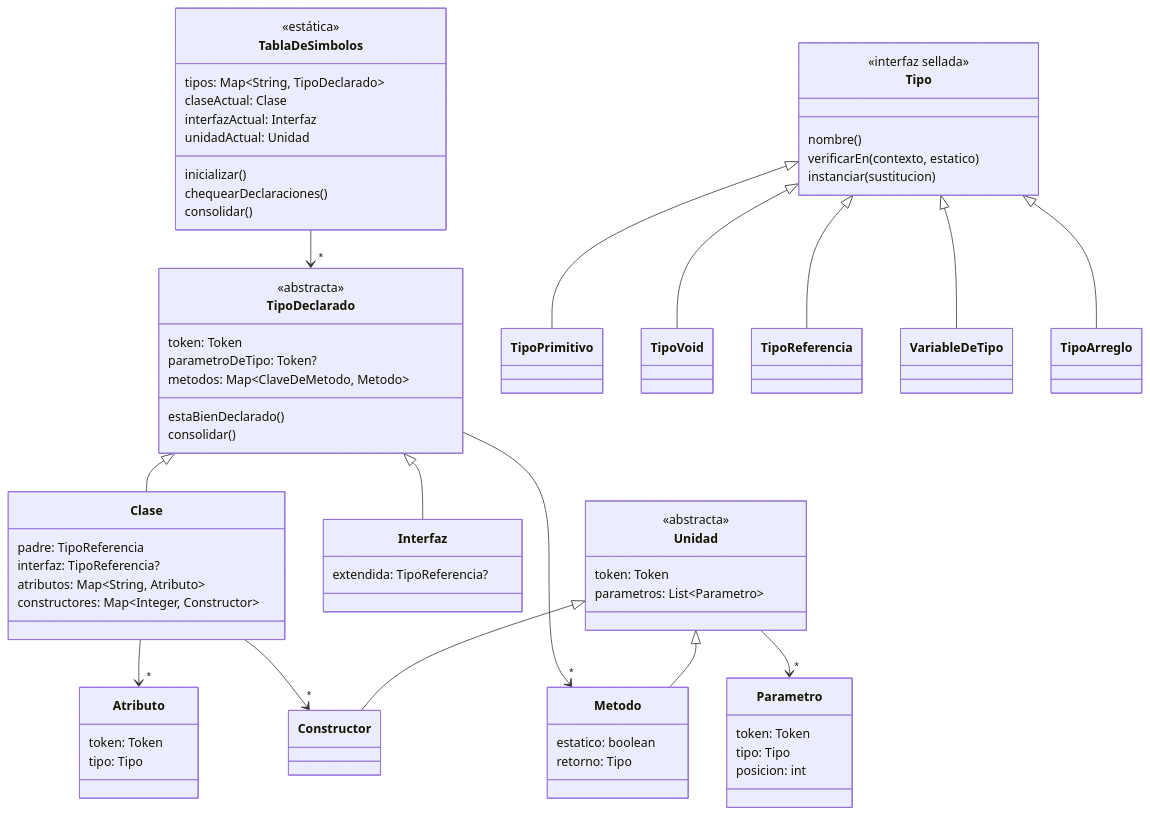
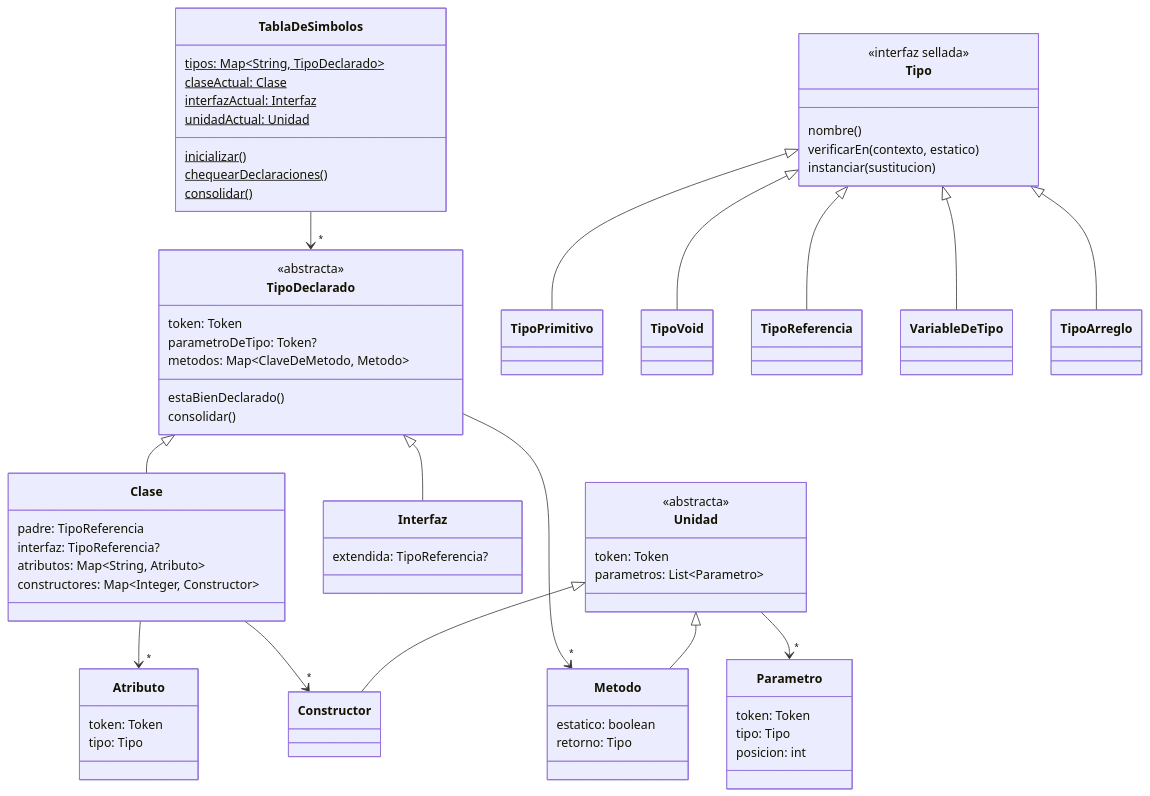
Before and after one commit to agustinpaul0/Proyecto-CEI: the second of 2 diagrams in documentacion/semantico/arquitectura-del-analizador-semantico.md, drawn with Mermaid. The commit also changed other lines of this file and 1 other file, not shown here.

Commit message:
Anota que en los diagramas de clases lo subrayado es estatico

````diff
--- a/documentacion/semantico/arquitectura-del-analizador-semantico.md
+++ b/documentacion/semantico/arquitectura-del-analizador-semantico.md
@@ -42,69 +43,68 @@
 ```mermaid
 classDiagram
     class TablaDeSimbolos {
-        <<estática>>
-        tipos: Map~String, TipoDeclarado~
-        claseActual: Clase
-        interfazActual: Interfaz
-        unidadActual: Unidad
-        inicializar()
-        chequearDeclaraciones()
-        consolidar()
+        tipos: Map~String, TipoDeclarado~$
+        claseActual: Clase$
+        interfazActual: Interfaz$
+        unidadActual: Unidad$
+        inicializar()$
+        chequearDeclaraciones()$
+        consolidar()$
     }
     class TipoDeclarado {
         <<abstracta>>
         token: Token
         parametroDeTipo: Token?
         metodos: Map~ClaveDeMetodo, Metodo~
         estaBienDeclarado()
         consolidar()
     }
     class Clase {
         padre: TipoReferencia
         interfaz: TipoReferencia?
         atributos: Map~String, Atributo~
         constructores: Map~Integer, Constructor~
     }
     class Interfaz {
         extendida: TipoReferencia?
     }
     class Unidad {
         <<abstracta>>
         token: Token
         parametros: List~Parametro~
     }
     class Metodo {
         estatico: boolean
         retorno: Tipo
     }
     class Constructor
     class Atributo {
         token: Token
         tipo: Tipo
     }
     class Parametro {
         token: Token
         tipo: Tipo
         posicion: int
     }
     class Tipo {
         <<interfaz sellada>>
         nombre()
         verificarEn(contexto, estatico)
         instanciar(sustitucion)
     }
     TablaDeSimbolos --> "*" TipoDeclarado
     TipoDeclarado <|-- Clase
     TipoDeclarado <|-- Interfaz
     TipoDeclarado --> "*" Metodo
     Clase --> "*" Atributo
     Clase --> "*" Constructor
     Unidad <|-- Metodo
     Unidad <|-- Constructor
     Unidad --> "*" Parametro
     Tipo <|-- TipoPrimitivo
     Tipo <|-- TipoVoid
     Tipo <|-- TipoReferencia
     Tipo <|-- VariableDeTipo
     Tipo <|-- TipoArreglo
 ```
````
